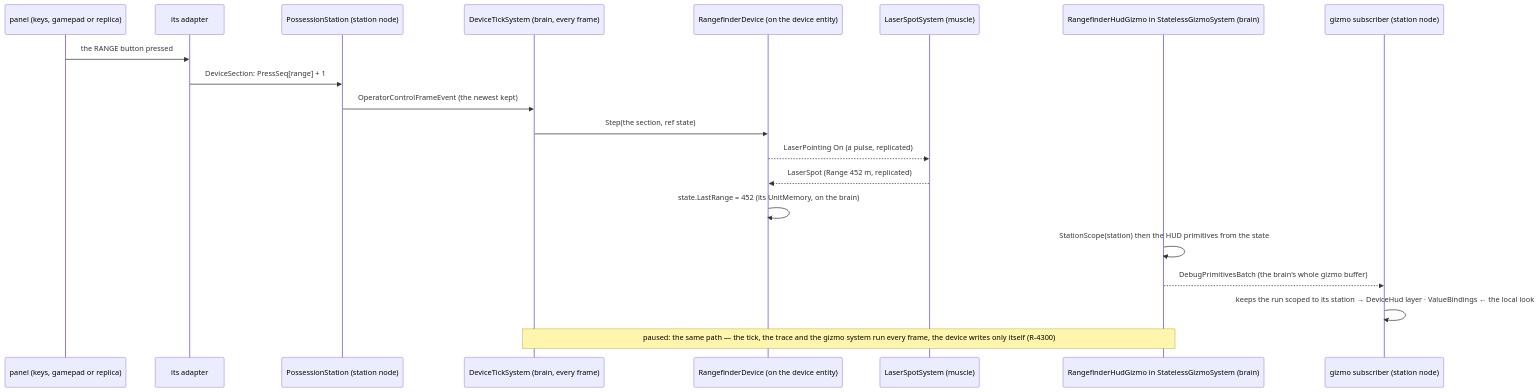
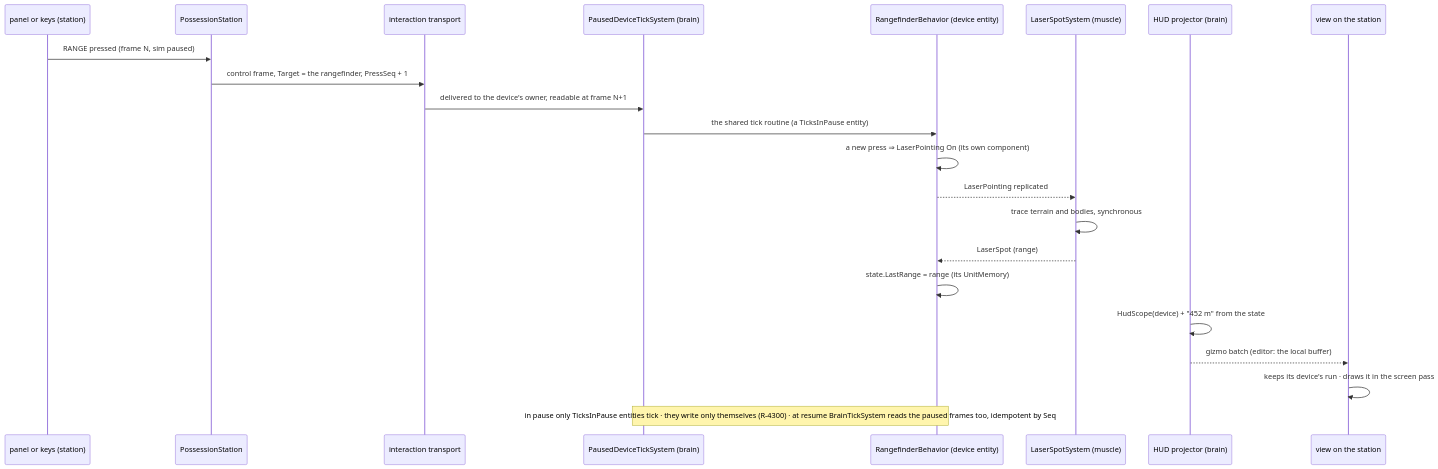
Before and after one commit to pjanec/HROT: the third of 6 diagrams in docs/designs/devices/DESIGN_Simulated_Devices.md, drawn with Mermaid. The commit also changed other lines of this file and 1 other file, not shown here.

````diff
--- a/docs/designs/devices/DESIGN_Simulated_Devices.md
+++ b/docs/designs/devices/DESIGN_Simulated_Devices.md
@@ -167,22 +183,24 @@
 ```mermaid
 sequenceDiagram
-  participant P as panel (keys, gamepad or replica)
-  participant A as its adapter
-  participant S as PossessionStation (station node)
-  participant T as DeviceTickSystem (brain, every frame)
-  participant D as RangefinderDevice (on the device entity)
+  participant P as panel or keys (station)
+  participant S as PossessionStation
+  participant X as interaction transport
+  participant T as PausedDeviceTickSystem (brain)
+  participant D as RangefinderBehavior (device entity)
   participant M as LaserSpotSystem (muscle)
-  participant H as RangefinderHudGizmo in StatelessGizmoSystem (brain)
-  participant U as gizmo subscriber (station node)
-  P->>A: the RANGE button pressed
-  A->>S: DeviceSection: PressSeq[range] + 1
-  S->>T: OperatorControlFrameEvent (the newest kept)
-  T->>D: Step(the section, ref state)
-  D-->>M: LaserPointing On (a pulse, replicated)
-  M-->>D: LaserSpot (Range 452 m, replicated)
-  D->>D: state.LastRange = 452 (its UnitMemory, on the brain)
-  H->>H: StationScope(station) then the HUD primitives from the state
-  H-->>U: DebugPrimitivesBatch (the brain's whole gizmo buffer)
-  U->>U: keeps the run scoped to its station → DeviceHud layer · ValueBindings ← the local look
-  Note over T,H: paused: the same path — the tick, the trace and the gizmo system run every frame, the device writes only itself (R-4300)
+  participant G as HUD projector (brain)
+  participant V as view on the station
+  P->>S: RANGE pressed (frame N, sim paused)
+  S->>X: control frame, Target = the rangefinder, PressSeq + 1
+  X->>T: delivered to the device's owner, readable at frame N+1
+  T->>D: the shared tick routine (a TicksInPause entity)
+  D->>D: a new press ⇒ LaserPointing On (its own component)
+  D-->>M: LaserPointing replicated
+  M->>M: trace terrain and bodies, synchronous
+  M-->>D: LaserSpot (range)
+  D->>D: state.LastRange = range (its UnitMemory)
+  G->>G: HudScope(device) + "452 m" from the state
+  G-->>V: gizmo batch (editor: the local buffer)
+  V->>V: keeps its device's run · draws it in the screen pass
+  Note over T,D: in pause only TicksInPause entities tick · they write only themselves (R-4300) · at resume BrainTickSystem reads the paused frames too, idempotent by Seq
 ```
````
